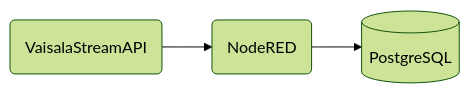
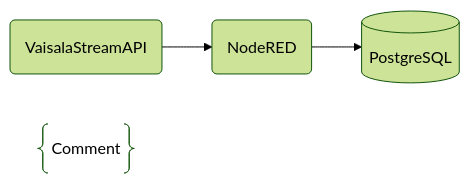
Before and after one commit to jonss0777/DIY_Sensor: the first of 2 diagrams in README.md, drawn with Mermaid (forest theme).

````diff
--- a/README.md
+++ b/README.md
@@ -5,6 +5,7 @@
 ```mermaid
 graph LR;
-  id1(VaisalaStreamAPI) --> id2(NodeRED);
-  id2 --> id3[(PostgreSQL)];
+  id1(VaisalaStreamAPI) --> id2(NodeRED);   A@{ shape: braces, label: "Comment" }
+  id2 --> id3[(PostgreSQL)];  A@{ shape: braces, label: "Comment" }
+
 
 ```
````
